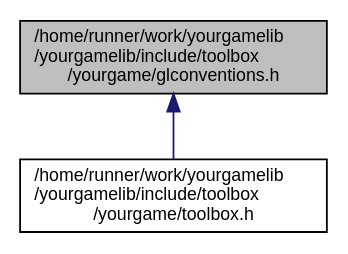
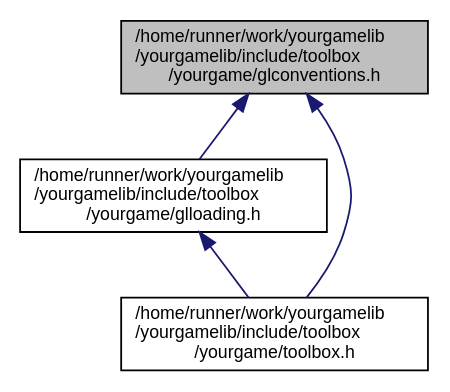
The diagram in glconventions_8h__dep__incl.dot (duddel/yourgamelib), drawn with Graphviz before and after one commit. The commit also changed 73 other files, not shown here.

```diff
--- a/glconventions_8h__dep__incl.dot
+++ b/glconventions_8h__dep__incl.dot
@@ -1,8 +1,11 @@
 digraph "/home/runner/work/yourgamelib/yourgamelib/include/toolbox/yourgame/glconventions.h"
 {
   edge [fontname="Helvetica",fontsize="10",labelfontname="Helvetica",labelfontsize="10"];
   node [fontname="Helvetica",fontsize="10",shape=record];
   Node2 [label="/home/runner/work/yourgamelib\l/yourgamelib/include/toolbox\l/yourgame/glconventions.h",height=0.2,width=0.4,color="black", fillcolor="grey75", style="filled", fontcolor="black"];
   Node2 -> Node3 [dir="back",color="midnightblue",fontsize="10",style="solid",fontname="Helvetica"];
-  Node3 [label="/home/runner/work/yourgamelib\l/yourgamelib/include/toolbox\l/yourgame/toolbox.h",height=0.2,width=0.4,color="black", fillcolor="white", style="filled",URL="$toolbox_8h.html"];
+  Node3 [label="/home/runner/work/yourgamelib\l/yourgamelib/include/toolbox\l/yourgame/glloading.h",height=0.2,width=0.4,color="black", fillcolor="white", style="filled",URL="$glloading_8h.html"];
+  Node3 -> Node4 [dir="back",color="midnightblue",fontsize="10",style="solid",fontname="Helvetica"];
+  Node4 [label="/home/runner/work/yourgamelib\l/yourgamelib/include/toolbox\l/yourgame/toolbox.h",height=0.2,width=0.4,color="black", fillcolor="white", style="filled",URL="$toolbox_8h.html"];
+  Node2 -> Node4 [dir="back",color="midnightblue",fontsize="10",style="solid",fontname="Helvetica"];
 }
```
